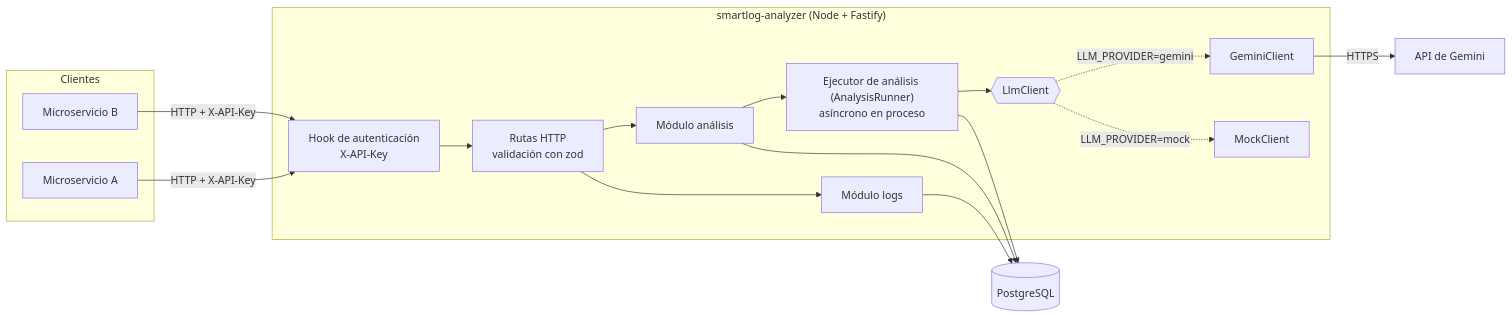
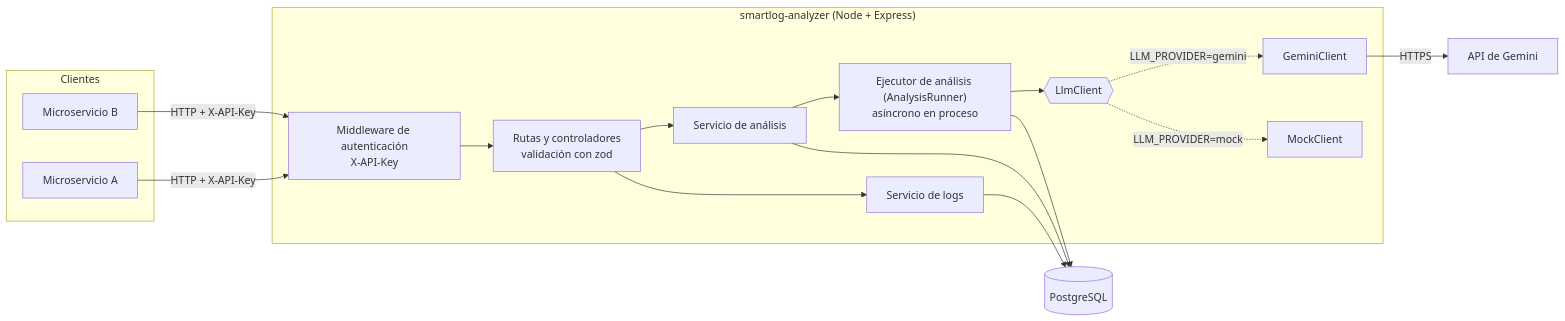
The diagram in docs/diagrams/components.md (bruaguspons/smartlog-analyzer), drawn with Mermaid before and after one commit. The commit also changed 3 other files, not shown here.

Commit message:
docs: describe the Express layered architecture

````diff
--- a/docs/diagrams/components.md
+++ b/docs/diagrams/components.md
@@ -5,33 +5,33 @@
 ```mermaid
 flowchart LR
     subgraph Clientes
         S1[Microservicio A]
         S2[Microservicio B]
     end
 
-    subgraph App["smartlog-analyzer (Node + Fastify)"]
-        AUTH[Hook de autenticación<br/>X-API-Key]
-        ROUTES[Rutas HTTP<br/>validación con zod]
-        LOGS[Módulo logs]
-        ANA[Módulo análisis]
+    subgraph App["smartlog-analyzer (Node + Express)"]
+        AUTH[Middleware de autenticación<br/>X-API-Key]
+        ROUTES[Rutas y controladores<br/>validación con zod]
+        LOGS[Servicio de logs]
+        ANA[Servicio de análisis]
         RUNNER["Ejecutor de análisis (AnalysisRunner)<br/>asíncrono en proceso"]
         LLM{{LlmClient}}
         GEMINI[GeminiClient]
         MOCK[MockClient]
     end
 
     DB[(PostgreSQL)]
     GAPI[API de Gemini]
 
     S1 & S2 -->|HTTP + X-API-Key| AUTH --> ROUTES
     ROUTES --> LOGS
     ROUTES --> ANA
     ANA --> RUNNER
     RUNNER --> LLM
     LLM -.->|LLM_PROVIDER=gemini| GEMINI
     LLM -.->|LLM_PROVIDER=mock| MOCK
     GEMINI -->|HTTPS| GAPI
     LOGS --> DB
     ANA --> DB
     RUNNER --> DB
 ```
````
